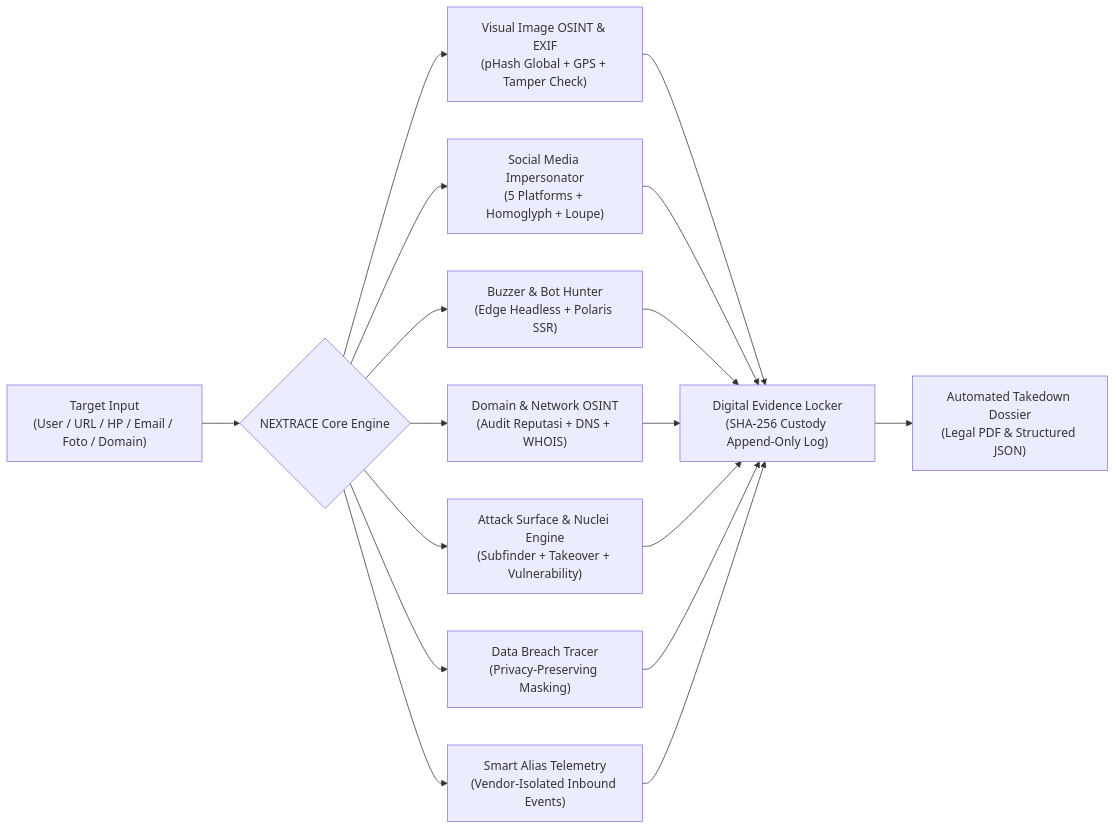
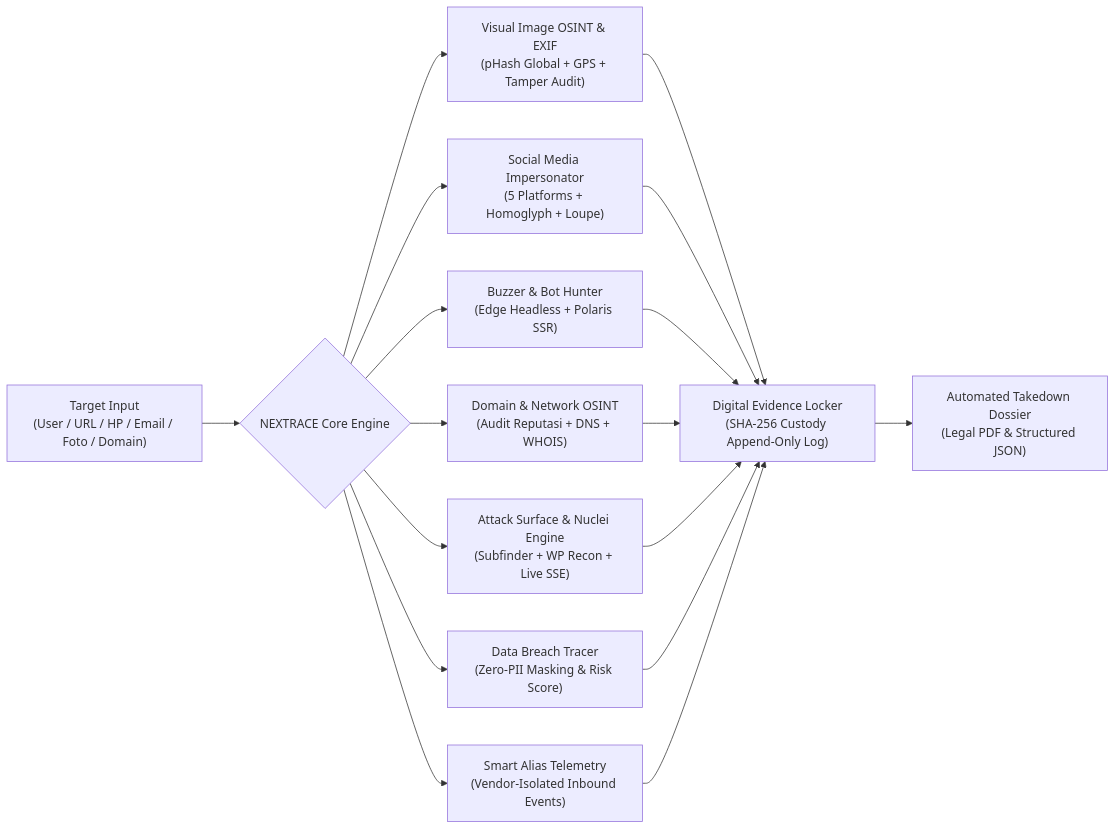
The diagram in README.md (mhmd-ridwan/nextrace), drawn with Mermaid before and after one commit. The commit also changed other lines of this file, not shown here.

````diff
--- a/README.md
+++ b/README.md
@@ -78,13 +49,13 @@
 ```mermaid
 flowchart LR
     A["Target Input\n(User / URL / HP / Email / Foto / Domain)"] --> B{"NEXTRACE Core Engine"}
-    B --> C["Visual Image OSINT & EXIF\n(pHash Global + GPS + Tamper Check)"]
+    B --> C["Visual Image OSINT & EXIF\n(pHash Global + GPS + Tamper Audit)"]
     B --> D["Social Media Impersonator\n(5 Platforms + Homoglyph + Loupe)"]
     B --> E["Buzzer & Bot Hunter\n(Edge Headless + Polaris SSR)"]
     B --> F["Domain & Network OSINT\n(Audit Reputasi + DNS + WHOIS)"]
-    B --> G["Attack Surface & Nuclei Engine\n(Subfinder + Takeover + Vulnerability)"]
-    B --> H["Data Breach Tracer\n(Privacy-Preserving Masking)"]
+    B --> G["Attack Surface & Nuclei Engine\n(Subfinder + WP Recon + Live SSE)"]
+    B --> H["Data Breach Tracer\n(Zero-PII Masking & Risk Score)"]
     B --> I["Smart Alias Telemetry\n(Vendor-Isolated Inbound Events)"]
     C & D & E & F & G & H & I --> J["Digital Evidence Locker\n(SHA-256 Custody Append-Only Log)"]
     J --> K["Automated Takedown Dossier\n(Legal PDF & Structured JSON)"]
 ```
````
